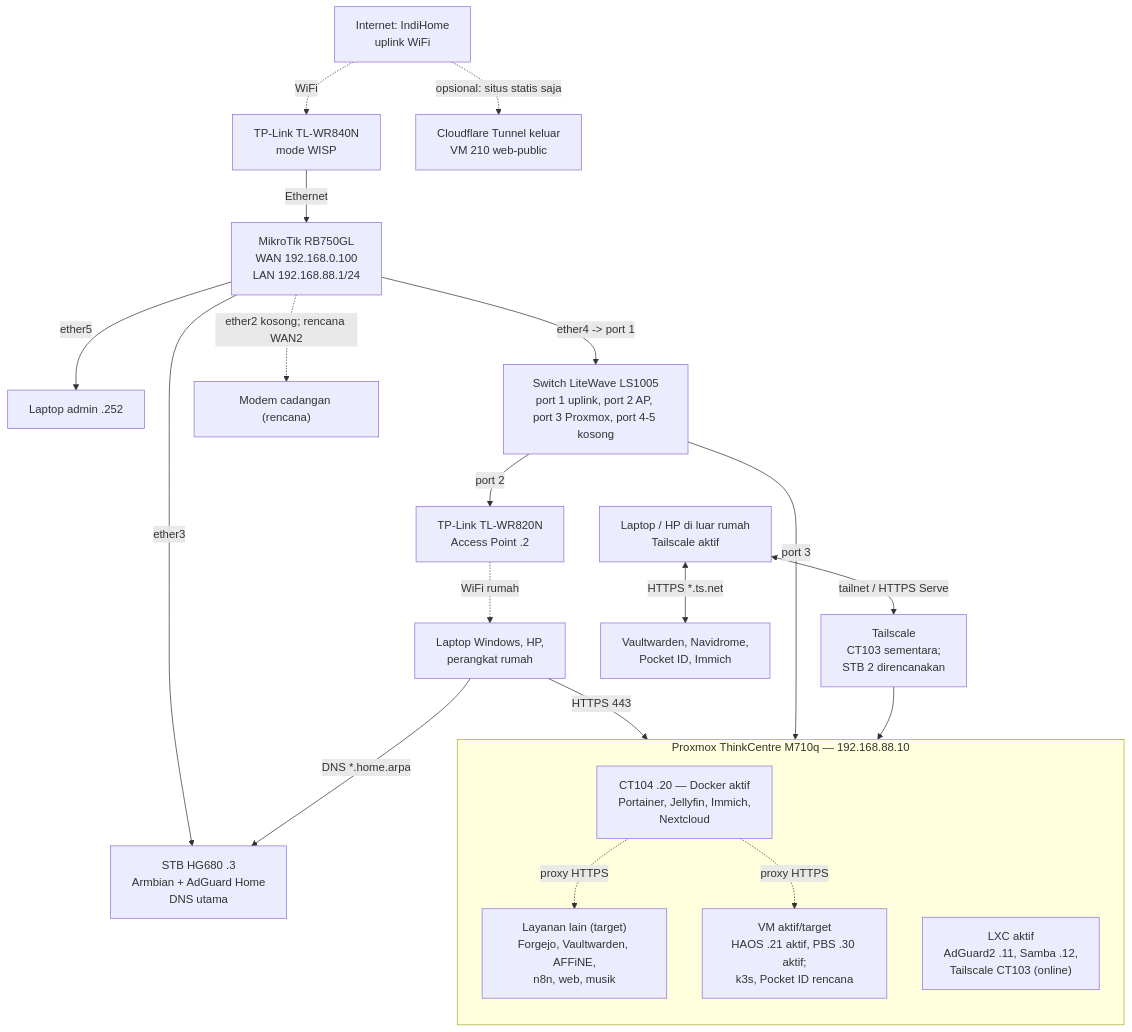
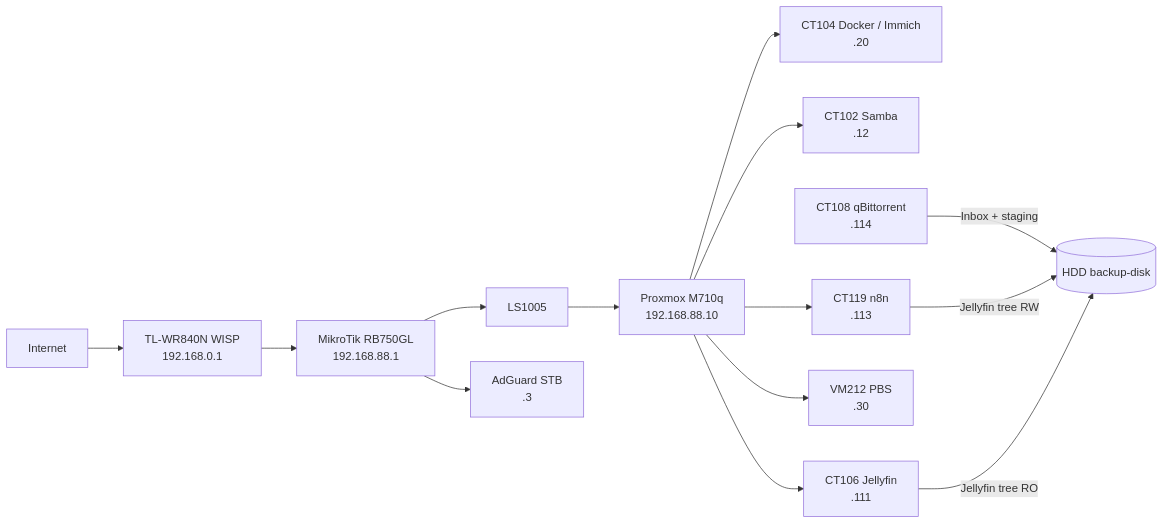
Before and after one commit to midnightcodeprotocol-corporation/home-server-lab: the diagram in README.md, drawn with Mermaid. The commit also changed other lines of this file and 11 other files, not shown here.

````diff
--- a/README.md
+++ b/README.md
@@ -25,29 +9,14 @@
 ```mermaid
-flowchart TB
-  Internet["Internet: IndiHome<br/>uplink WiFi"] -. WiFi .-> WISP["TP-Link TL-WR840N<br/>mode WISP"]
-  WISP -->|"Ethernet"| MT["MikroTik RB750GL<br/>WAN 192.168.0.100<br/>LAN 192.168.88.1/24"]
-  MT -->|"ether5"| Admin["Laptop admin .252"]
-  AP -. WiFi rumah .-> Clients["Laptop Windows, HP,<br/>perangkat rumah"]
-  MT -->|"ether4 -> port 1"| Switch["Switch LiteWave LS1005<br/>port 1 uplink, port 2 AP, port 3 Proxmox, port 4-5 kosong"]
-  MT -->|"ether3"| STB1["STB HG680 .3<br/>Armbian + AdGuard Home<br/>DNS utama"]
-  MT -.->|"ether2 kosong; rencana WAN2"| Modem2["Modem cadangan (rencana)"]
-  Switch -->|"port 2"| AP["TP-Link TL-WR820N<br/>Access Point .2"]
-  Switch -->|"port 3"| PVE
-
-  subgraph PVE["Proxmox ThinkCentre M710q — 192.168.88.10"]
-    direction TB
-    Core["CT104 .20 — Docker aktif<br/>Portainer, Jellyfin, Immich,<br/>Nextcloud"]
-    Apps["Layanan lain (target)<br/>Forgejo, Vaultwarden, AFFiNE,<br/>n8n, web, musik"]
-    Special["VM aktif/target<br/>HAOS .21 aktif, PBS .30 aktif;<br/>k3s, Pocket ID rencana"]
-    LXC["LXC aktif<br/>AdGuard2 .11, Samba .12,<br/>Tailscale CT103 (online)"]
-    Core -. proxy HTTPS .-> Apps
-    Core -. proxy HTTPS .-> Special
-  end
-
-  Clients -->|"DNS *.home.arpa"| STB1
-  Clients -->|"HTTPS 443"| Core
-  Remote["Laptop / HP di luar rumah<br/>Tailscale aktif"] <-->|"tailnet / HTTPS Serve"| TS["Tailscale<br/>CT103 sementara;<br/>STB 2 direncanakan"]
-  TS --> PVE
-  Remote <-->|"HTTPS *.ts.net"| Private["Vaultwarden, Navidrome,<br/>Pocket ID, Immich"]
-  Internet -. "opsional: situs statis saja" .-> CF["Cloudflare Tunnel keluar<br/>VM 210 web-public"]
+flowchart LR
+  Internet --> WISP["TL-WR840N WISP<br/>192.168.0.1"] --> MT["MikroTik RB750GL<br/>192.168.88.1"]
+  MT --> SW["LS1005"] --> PVE["Proxmox M710q<br/>192.168.88.10"]
+  MT --> DNS["AdGuard STB<br/>.3"]
+  PVE --> CT104["CT104 Docker / Immich<br/>.20"]
+  PVE --> Files["CT102 Samba<br/>.12"]
+  PVE --> N8N["CT119 n8n<br/>.113"]
+  PVE --> Jellyfin["CT106 Jellyfin<br/>.111"]
+  PVE --> PBS["VM212 PBS<br/>.30"]
+  CT108["CT108 qBittorrent<br/>.114"] -->|"Inbox + staging"| HDD[("HDD backup-disk")]
+  N8N -->|"Jellyfin tree RW"| HDD
+  Jellyfin -->|"Jellyfin tree RO"| HDD
 ```
````
